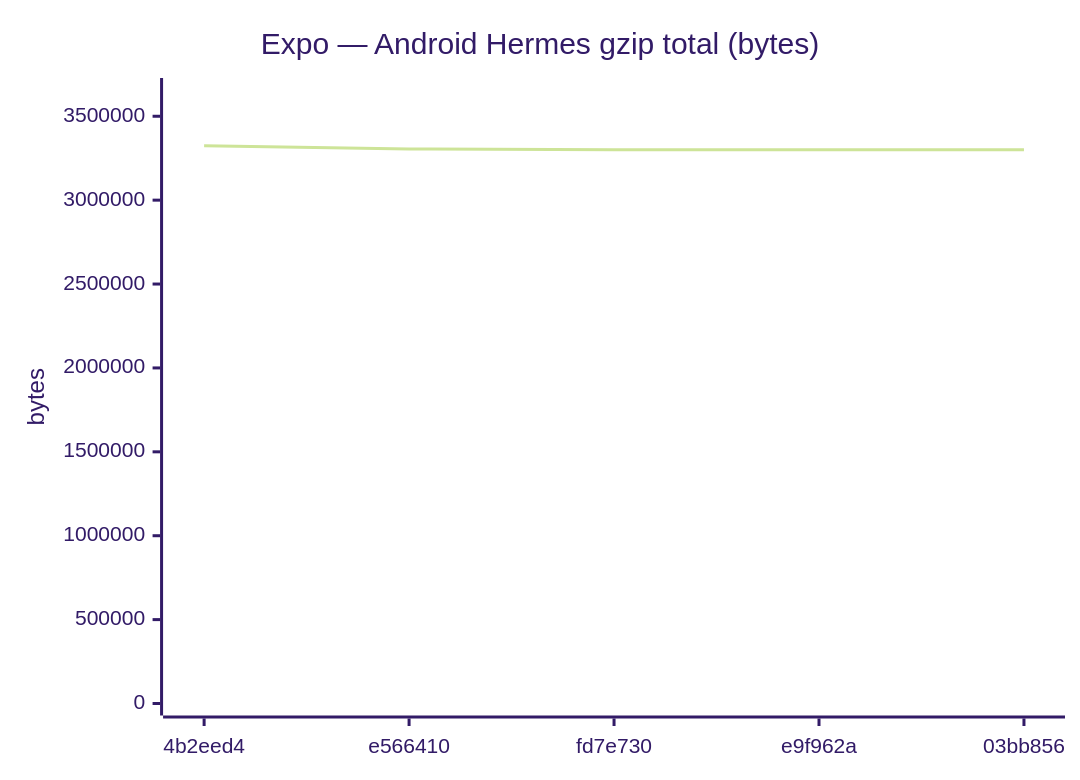
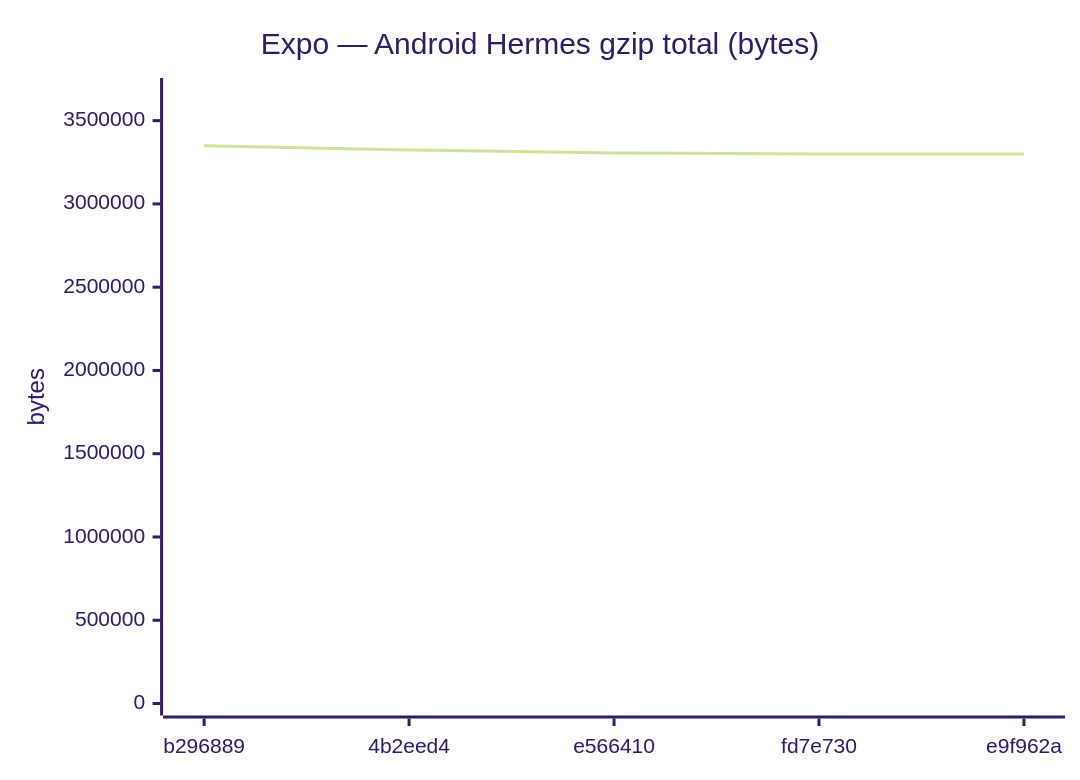
Diagram 11 of 18 in benchmarks/compare.md (Metaheurist/Rianell), drawn with Mermaid (forest theme) before and after one commit. The commit also changed other lines of this file and 11 other files, not shown here.

````diff
--- a/benchmarks/compare.md
+++ b/benchmarks/compare.md
@@ -172,7 +172,7 @@
 ```mermaid
 xychart-beta
     title "Expo — Android Hermes gzip total (bytes)"
-    x-axis ["4b2eed4", "e566410", "fd7e730", "e9f962a", "03bb856"]
-    y-axis "bytes" 0 --> 3656491
-    line [3324082, 3305549, 3300038, 3300034, 3300038]
+    x-axis ["b296889", "4b2eed4", "e566410", "fd7e730", "e9f962a"]
+    y-axis "bytes" 0 --> 3684129
+    line [3349208, 3324082, 3305549, 3300038, 3300034]
 ```
````
